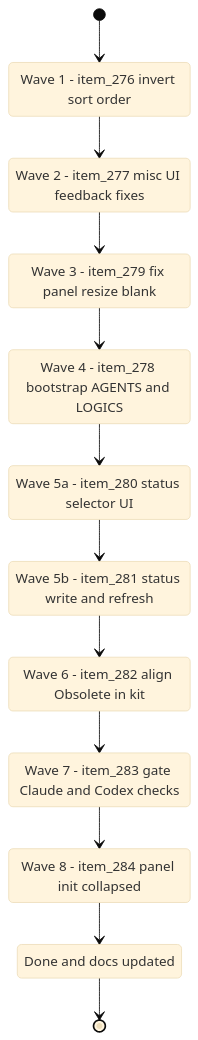
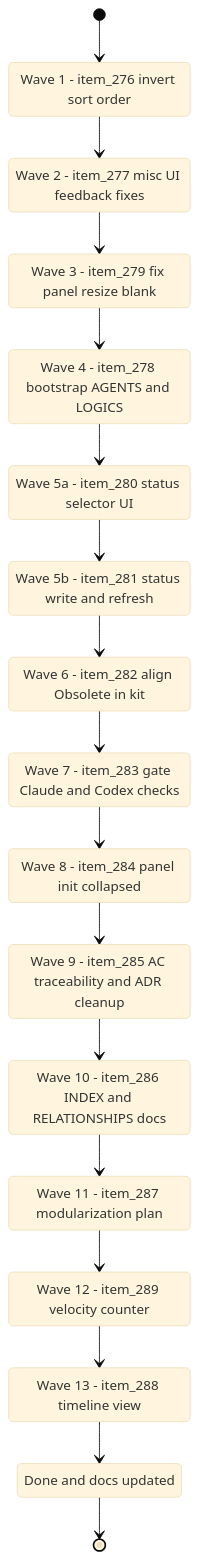
The diagram in logics/tasks/task_126_orchestration_delivery_for_req_150_to_req_154_plugin_polish_and_status_selector.md (AlexAgo83/logics-manager), drawn with Mermaid (base theme) before and after one commit. The commit also changed other lines of this file and 8 other files, not shown here.

````diff
--- a/logics/tasks/task_126_orchestration_delivery_for_req_150_to_req_154_plugin_polish_and_status_selector.md
+++ b/logics/tasks/task_126_orchestration_delivery_for_req_150_to_req_154_plugin_polish_and_status_selector.md
@@ -15,26 +15,36 @@
 ```mermaid
 %% logics-kind: task
 %% logics-signature: task|orchestration-delivery-for-req-150-to-re|item-276-invert-default-sort-order-in-bo|wave-1-item-276-invert-default-sort|npm-run-compile
 stateDiagram-v2
     [*] --> Wave1
     Wave1 : Wave 1 - item_276 invert sort order
     Wave1 --> Wave2
     Wave2 : Wave 2 - item_277 misc UI feedback fixes
     Wave2 --> Wave3
     Wave3 : Wave 3 - item_279 fix panel resize blank
     Wave3 --> Wave4
     Wave4 : Wave 4 - item_278 bootstrap AGENTS and LOGICS
     Wave4 --> Wave5
     Wave5 : Wave 5a - item_280 status selector UI
     Wave5 --> Wave6
     Wave6 : Wave 5b - item_281 status write and refresh
     Wave6 --> Wave7
     Wave7 : Wave 6 - item_282 align Obsolete in kit
     Wave7 --> Wave8
     Wave8 : Wave 7 - item_283 gate Claude and Codex checks
     Wave8 --> Wave9
     Wave9 : Wave 8 - item_284 panel init collapsed
-    Wave9 --> Done
+    Wave9 --> Wave10
+    Wave10 : Wave 9 - item_285 AC traceability and ADR cleanup
+    Wave10 --> Wave11
+    Wave11 : Wave 10 - item_286 INDEX and RELATIONSHIPS docs
+    Wave11 --> Wave12
+    Wave12 : Wave 11 - item_287 modularization plan
+    Wave12 --> Wave13
+    Wave13 : Wave 12 - item_289 velocity counter
+    Wave13 --> Wave14
+    Wave14 : Wave 13 - item_288 timeline view
+    Wave14 --> Done
     Done : Done and docs updated
     Done --> [*]
 ```
````
